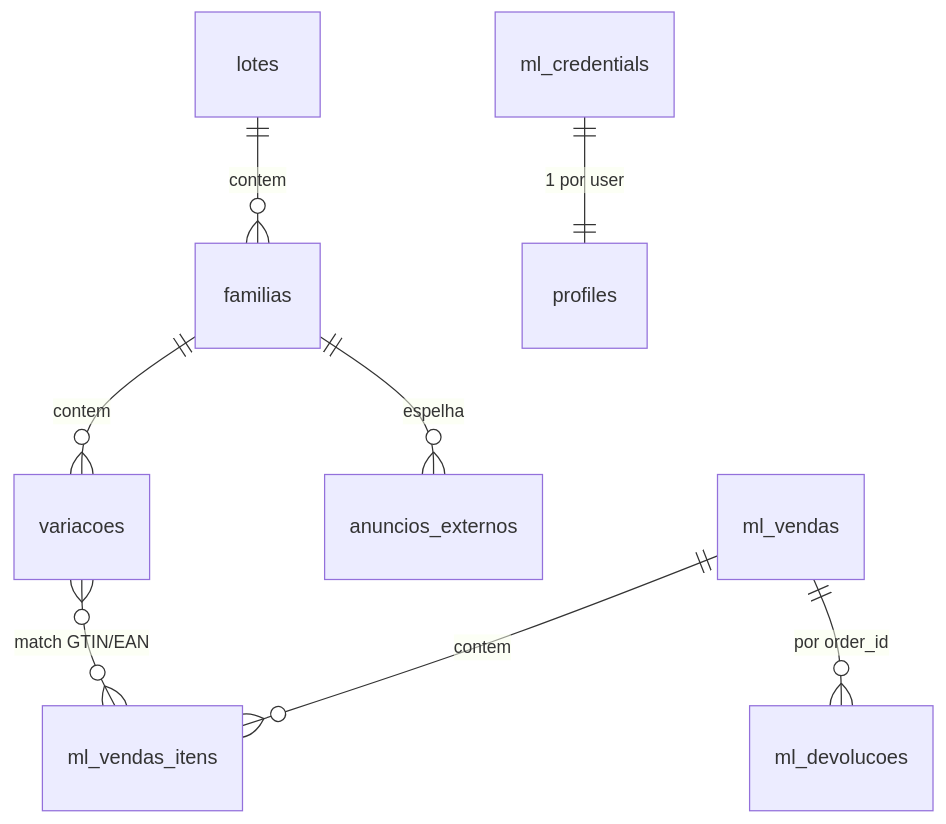
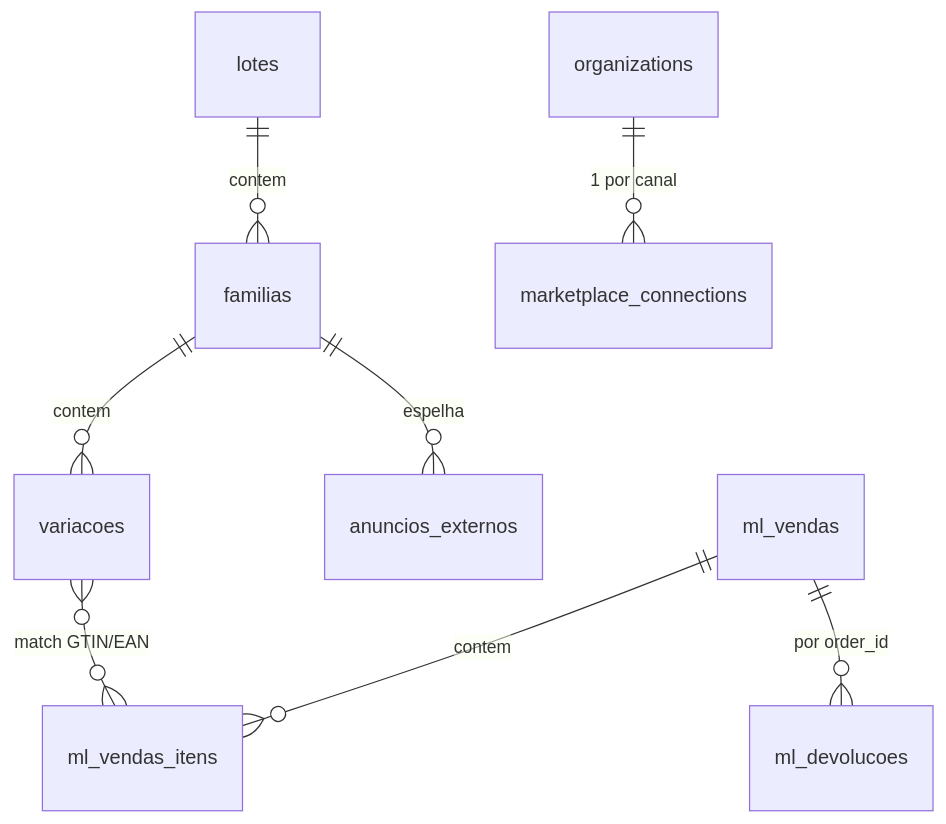
Before and after one commit to analistasistemas-bit/gtinmktplace: the diagram in obsidian-vault/01-Arquitetura/Banco de Dados.md, drawn with Mermaid. The commit also changed other lines of this file and 13 other files, not shown here.

````diff
--- a/obsidian-vault/01-Arquitetura/Banco de Dados.md
+++ b/obsidian-vault/01-Arquitetura/Banco de Dados.md
@@ -22,10 +22,10 @@
 ```mermaid
 erDiagram
     lotes ||--o{ familias : contem
     familias ||--o{ variacoes : contem
     familias ||--o{ anuncios_externos : espelha
-    ml_credentials ||--|| profiles : "1 por user"
+    organizations ||--o{ marketplace_connections : "1 por canal"
     ml_vendas ||--o{ ml_vendas_itens : contem
     ml_vendas ||--o{ ml_devolucoes : "por order_id"
     variacoes }o--o{ ml_vendas_itens : "match GTIN/EAN"
 ```
````
